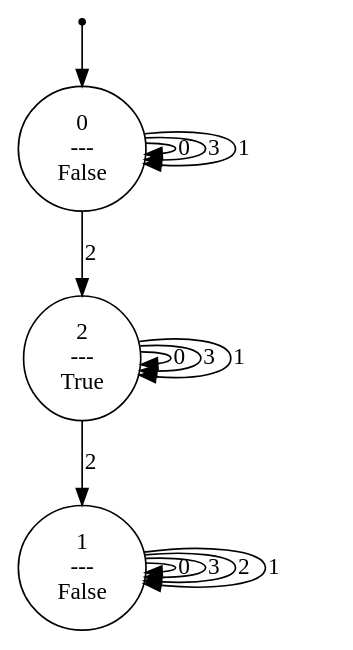
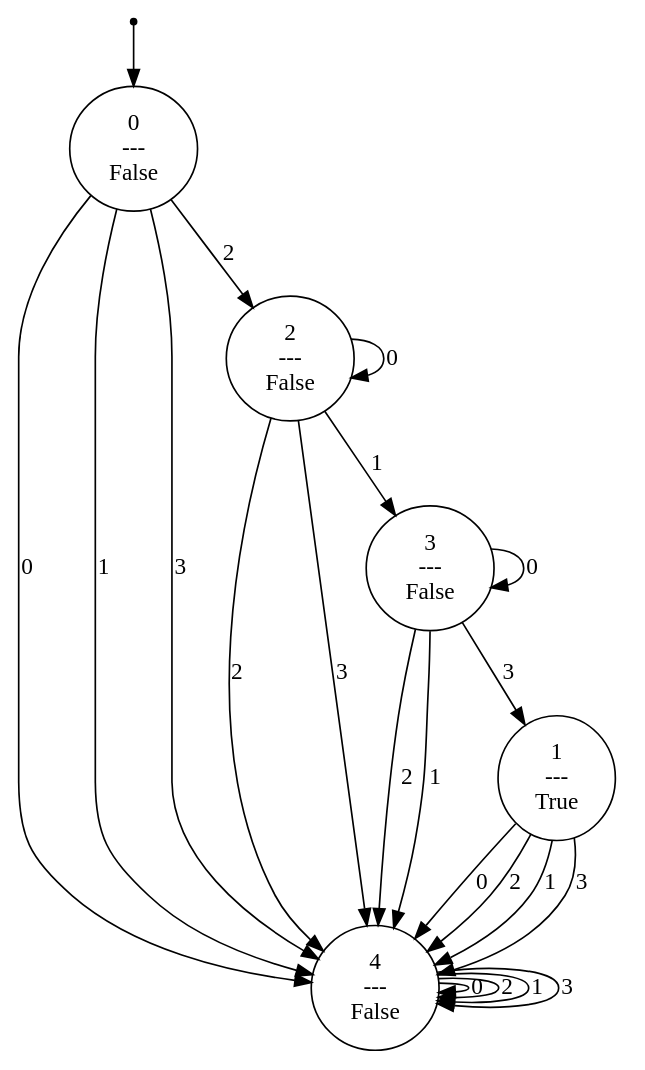
One commit to srnapls/history-rewards-for-pomdps changed the diagram in code/dot/m2.dot. Above: the diagram before and after it, drawn with Graphviz. The commit also changed 35 other files, not shown here.

```diff
--- a/code/dot/m2.dot
+++ b/code/dot/m2.dot
@@ -1,19 +1,29 @@
 digraph G {
 0 [label="", shape=point];
 0 -> 1;
 1 [label="0\n---\nFalse"];
-1 -> 1  [label=0];
-1 -> 1  [label=3];
+1 -> 5  [label=0];
 1 -> 3  [label=2];
-1 -> 1  [label=1];
-2 [label="1\n---\nFalse"];
-2 -> 2  [label=0];
-2 -> 2  [label=3];
-2 -> 2  [label=2];
-2 -> 2  [label=1];
-3 [label="2\n---\nTrue"];
+1 -> 5  [label=1];
+1 -> 5  [label=3];
+2 [label="1\n---\nTrue"];
+2 -> 5  [label=0];
+2 -> 5  [label=2];
+2 -> 5  [label=1];
+2 -> 5  [label=3];
+3 [label="2\n---\nFalse"];
 3 -> 3  [label=0];
-3 -> 3  [label=3];
-3 -> 2  [label=2];
-3 -> 3  [label=1];
+3 -> 5  [label=2];
+3 -> 4  [label=1];
+3 -> 5  [label=3];
+4 [label="3\n---\nFalse"];
+4 -> 4  [label=0];
+4 -> 5  [label=2];
+4 -> 5  [label=1];
+4 -> 2  [label=3];
+5 [label="4\n---\nFalse"];
+5 -> 5  [label=0];
+5 -> 5  [label=2];
+5 -> 5  [label=1];
+5 -> 5  [label=3];
 }
```
